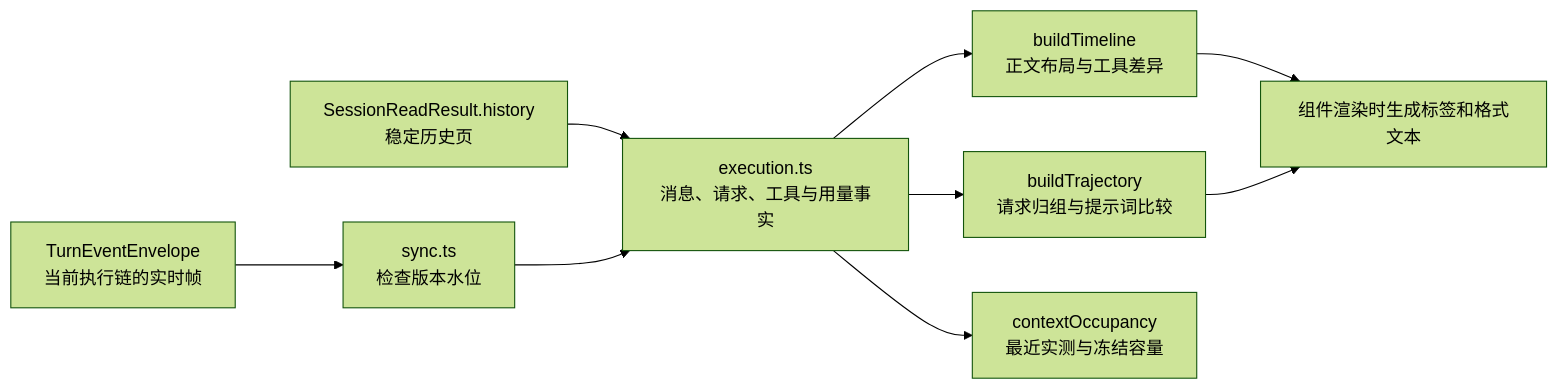
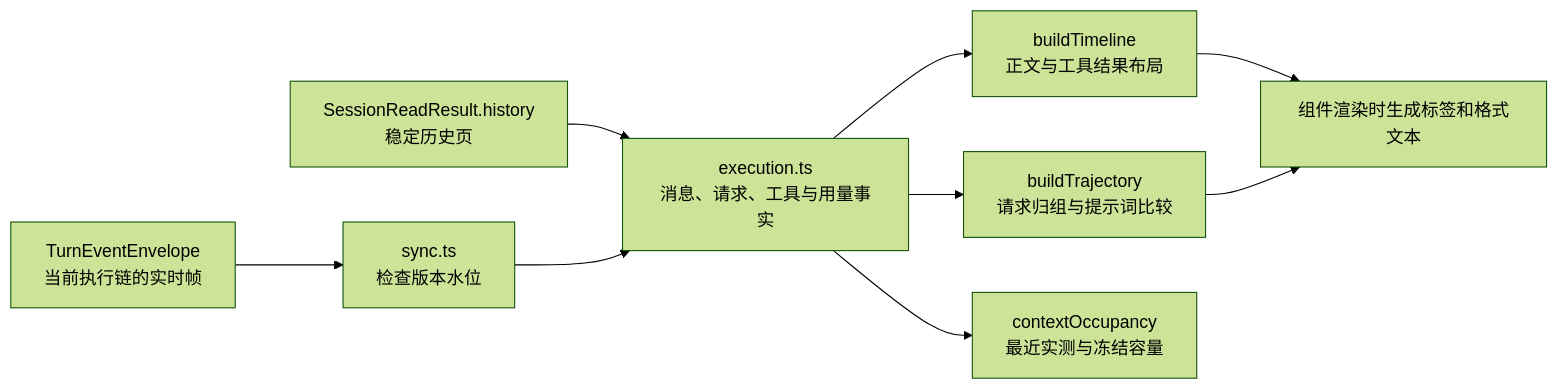
Before and after one commit to qjcnmd/singularity-agent: the eighth of 28 diagrams in docs/architecture.md, drawn with Mermaid (forest theme). The commit also changed other lines of this file, not shown here.

````diff
--- a/docs/architecture.md
+++ b/docs/architecture.md
@@ -226,11 +224,11 @@
 ```mermaid
 flowchart LR
     Baseline["SessionReadResult.history<br/>稳定历史页"] --> Facts["execution.ts<br/>消息、请求、工具与用量事实"]
     Frames["TurnEventEnvelope<br/>当前执行链的实时帧"] --> Sync["sync.ts<br/>检查版本水位"]
     Sync --> Facts
-    Facts --> Timeline["buildTimeline<br/>正文布局与工具差异"]
+    Facts --> Timeline["buildTimeline<br/>正文与工具结果布局"]
     Facts --> Trace["buildTrajectory<br/>请求归组与提示词比较"]
     Facts --> Usage["contextOccupancy<br/>最近实测与冻结容量"]
     Timeline --> Render["组件渲染时生成标签和格式文本"]
     Trace --> Render
 ```
````
